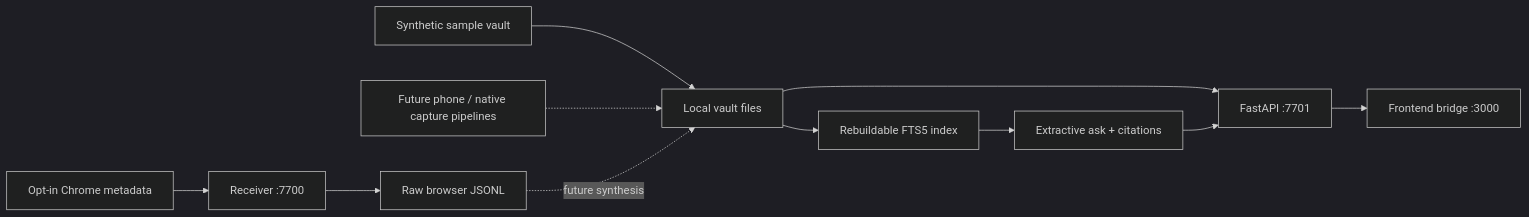
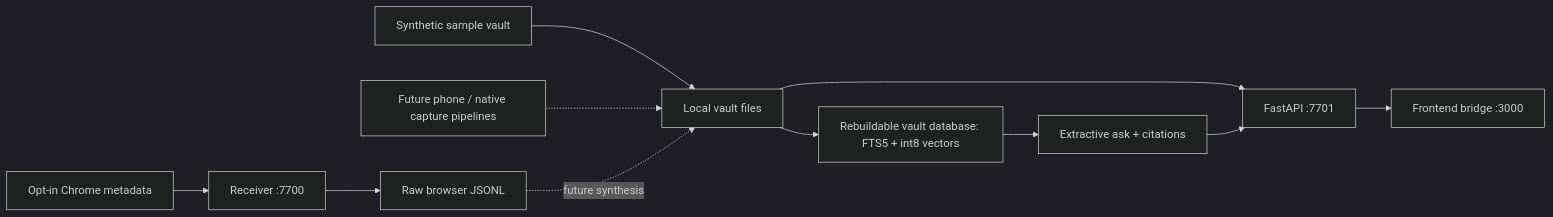
One commit to Zwc-11/DayCube changed the diagram in docs/architecture.md. Above: the diagram before and after it, drawn with Mermaid (dark theme). The commit also changed other lines of this file and 36 other files, not shown here.

First line of the commit message:
feat(ingest): one vault database with keyword and meaning search

````diff
--- a/docs/architecture.md
+++ b/docs/architecture.md
@@ -6,13 +6,13 @@
 ```mermaid
 flowchart LR
   fixture[Synthetic sample vault] --> vault[Local vault files]
   future[Future phone / native capture pipelines] -.-> vault
   extension[Opt-in Chrome metadata] --> receiver[Receiver :7700]
   receiver --> raw[Raw browser JSONL]
   raw -. future synthesis .-> vault
   vault --> api[FastAPI :7701]
-  vault --> index[Rebuildable FTS5 index]
+  vault --> index[Rebuildable vault database: FTS5 + int8 vectors]
   index --> ask[Extractive ask + citations]
   ask --> api
   api --> viewer[Frontend bridge :3000]
 ```
````
